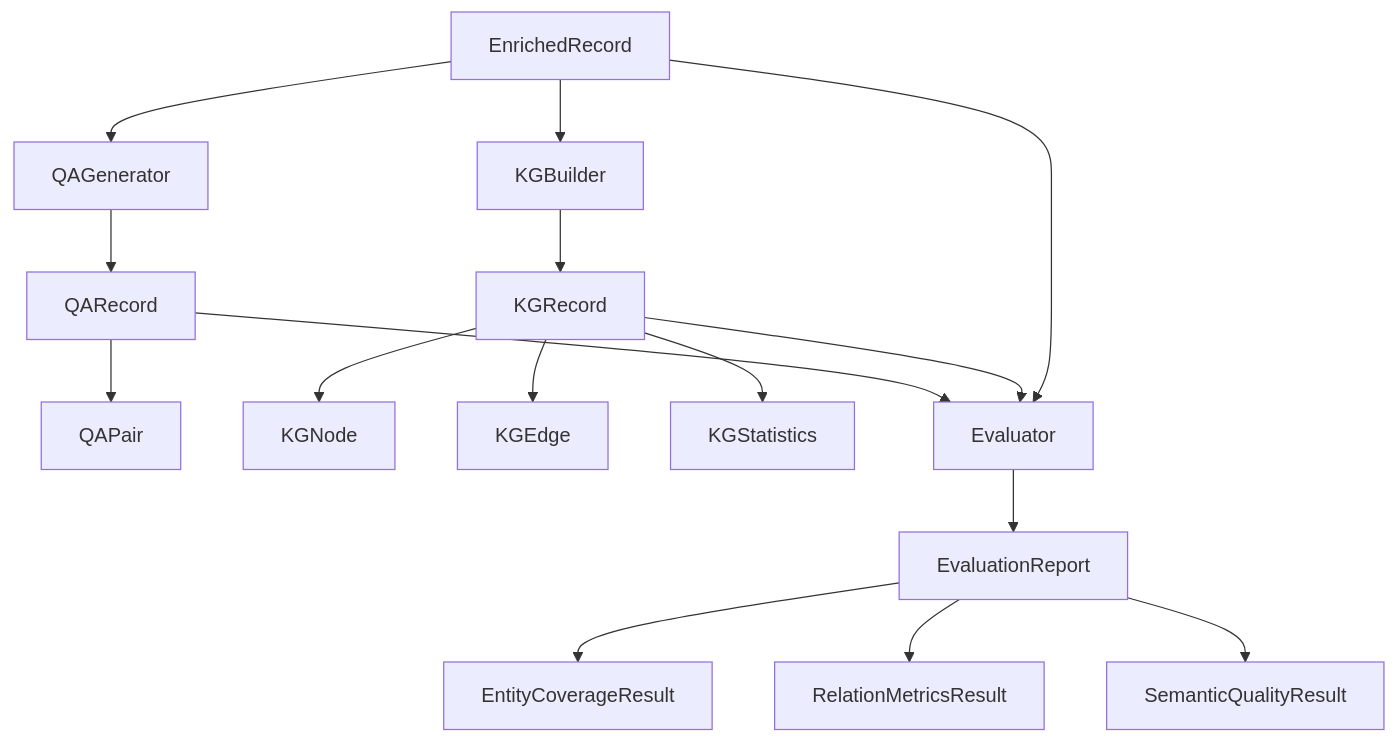
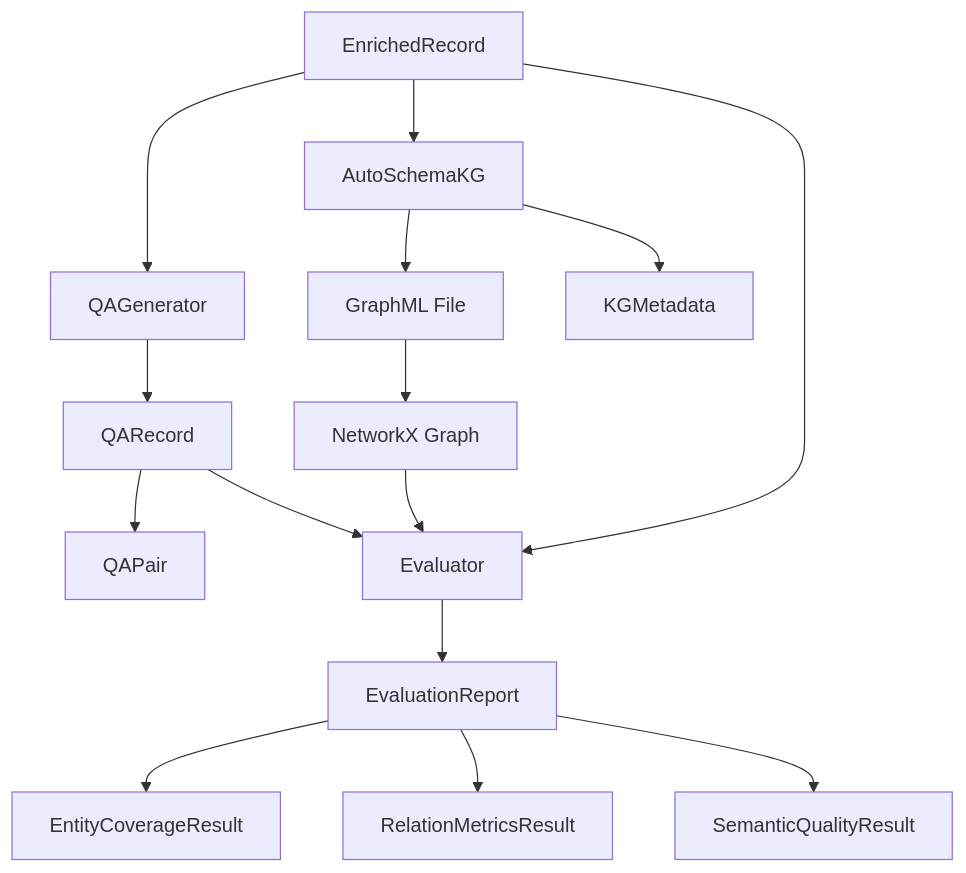
The diagram in docs/implementation/DATA_SCHEMAS.md (FredDsR/arandu), drawn with Mermaid before and after one commit. The commit also changed other lines of this file and 7 other files, not shown here.

First line of the commit message:
docs: simplify KG schema to use AutoSchemaKG GraphML output directly

````diff
--- a/docs/implementation/DATA_SCHEMAS.md
+++ b/docs/implementation/DATA_SCHEMAS.md
@@ -432,20 +398,20 @@
 ```mermaid
 graph TD
     A[EnrichedRecord] --> B[QAGenerator]
     B --> C[QARecord]
     C --> D[QAPair]
 
-    A --> E[KGBuilder]
-    E --> F[KGRecord]
-    F --> G[KGNode]
-    F --> H[KGEdge]
-    F --> I[KGStatistics]
+    A --> E[AutoSchemaKG]
+    E --> F[GraphML File]
+    E --> G[KGMetadata]
 
-    C --> J[Evaluator]
-    F --> J
-    A --> J
-    J --> K[EvaluationReport]
-    K --> L[EntityCoverageResult]
-    K --> M[RelationMetricsResult]
-    K --> N[SemanticQualityResult]
+    F --> H[NetworkX Graph]
+
+    C --> I[Evaluator]
+    H --> I
+    A --> I
+    I --> J[EvaluationReport]
+    J --> K[EntityCoverageResult]
+    J --> L[RelationMetricsResult]
+    J --> M[SemanticQualityResult]
 ```
````
